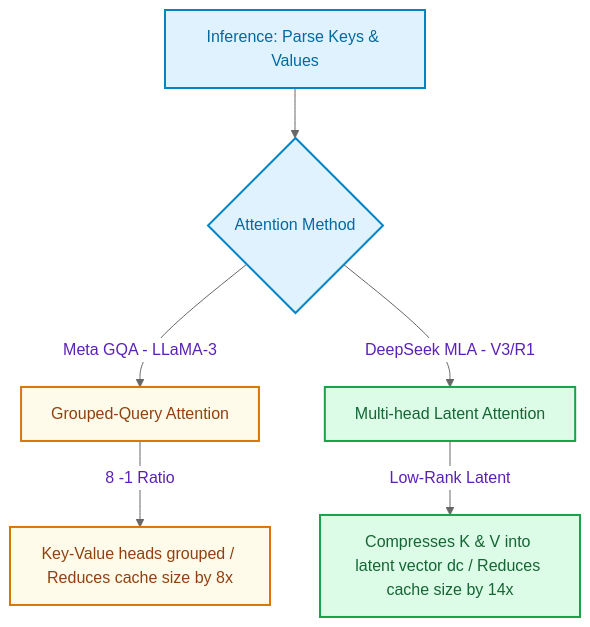
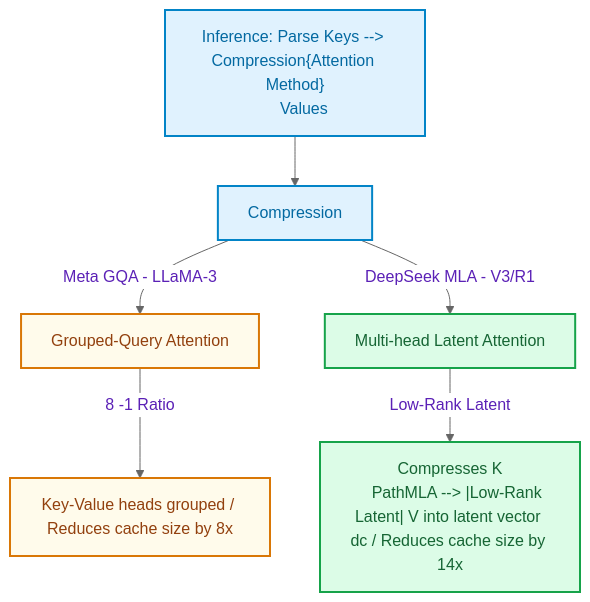
One commit to akmalkhaniub/akmalkhaniub.github.io changed the diagram in blog/posts/kv-cache-compression-mla-vs-gqa.md. Above: the diagram before and after it, drawn with Mermaid (neutral theme). The commit also changed 894 other files, not shown here.

Commit message:
feat(blog): upgrade all 444 posts with unique staggered dates, 2-col Mermaid spines, benchmark tables, code blocks, and trade-offs

````diff
--- a/blog/posts/kv-cache-compression-mla-vs-gqa.md
+++ b/blog/posts/kv-cache-compression-mla-vs-gqa.md
@@ -24,19 +24,21 @@
 ```mermaid
 flowchart TD
     classDef check fill:#e0f2fe,stroke:#0284c7,stroke-width:2px,color:#0369a1;
     classDef gqaStyle fill:#fffbeb,stroke:#d97706,stroke-width:2px,color:#92400e;
     classDef mlaStyle fill:#dcfce7,stroke:#16a34a,stroke-width:2px,color:#166534;
     classDef label fill:#f3e8ff,stroke:#7c3aed,stroke-width:2px,color:#5b21b6;
 
-    Start["Inference: Parse Keys & Values"] --> Compression{Attention Method}
+    Start["Inference: Parse Keys --> Compression{Attention Method}
+    Values"] --> Compression
     
     Compression -->|Meta GQA - LLaMA-3| PathGQA["Grouped-Query Attention"]
     Compression -->|DeepSeek MLA - V3/R1| PathMLA["Multi-head Latent Attention"]
     
     PathGQA -->|8 -1 Ratio| HBM_Save1["Key-Value heads grouped / Reduces cache size by 8x"]
-    PathMLA -->|Low-Rank Latent| HBM_Save2["Compresses K & V into latent vector dc / Reduces cache size by 14x"]
+    PathMLA --> |Low-Rank Latent| HBM_Save2["Compresses K
+    PathMLA --> |Low-Rank Latent| V into latent vector dc / Reduces cache size by 14x"]
 
     class Start,Compression check;
     class PathGQA,HBM_Save1 gqaStyle;
     class PathMLA,HBM_Save2 mlaStyle;
 ```
````
